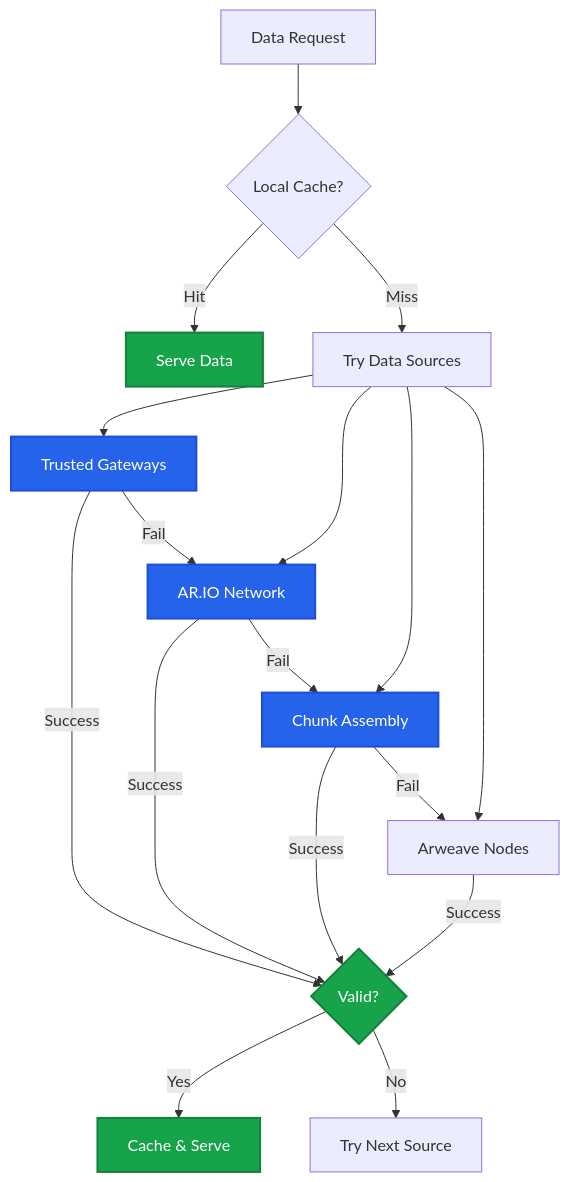
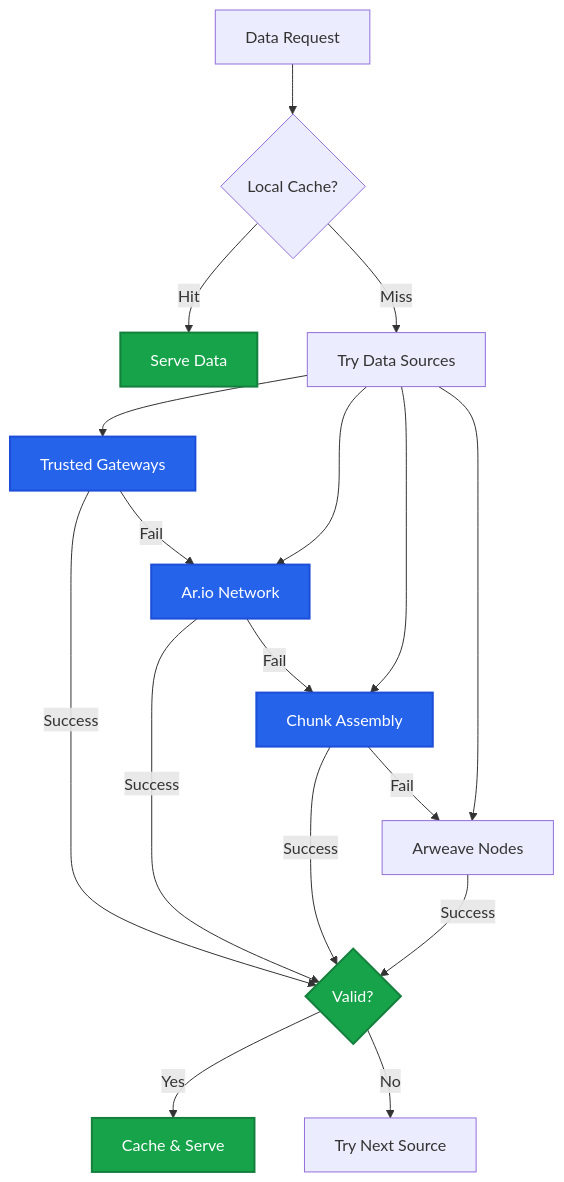
The first of 2 diagrams in content/learn/gateways/data-retrieval.mdx (ar-io/docs), drawn with Mermaid before and after one commit. The commit also changed other lines of this file and 107 other files, not shown here.

````diff
--- a/content/learn/gateways/data-retrieval.mdx
+++ b/content/learn/gateways/data-retrieval.mdx
@@ -14,29 +14,29 @@
 ```mermaid
 graph TD
     REQUEST[Data Request] --> CACHE{Local Cache?}
     CACHE -->|Hit| SERVE[Serve Data]
     CACHE -->|Miss| SOURCES[Try Data Sources]
     
     SOURCES --> TRUSTED[Trusted Gateways]
-    SOURCES --> NETWORK[AR.IO Network]
+    SOURCES --> NETWORK[Ar.io Network]
     SOURCES --> CHUNKS[Chunk Assembly]
     SOURCES --> ARWEAVE[Arweave Nodes]
     
     TRUSTED -->|Success| VALIDATE
     NETWORK -->|Success| VALIDATE
     CHUNKS -->|Success| VALIDATE
     ARWEAVE -->|Success| VALIDATE
     
     TRUSTED -->|Fail| NETWORK
     NETWORK -->|Fail| CHUNKS
     CHUNKS -->|Fail| ARWEAVE
     
     VALIDATE{Valid?} -->|Yes| STORE[Cache & Serve]
     VALIDATE -->|No| NEXT[Try Next Source]
     
     classDef source fill:#2563eb,stroke:#1d4ed8,stroke-width:2px,color:#fff
     classDef process fill:#16a34a,stroke:#15803d,stroke-width:2px,color:#fff
     
     class TRUSTED,NETWORK,CHUNKS,TXDATA source
     class VALIDATE,SERVE,STORE process
 ```
````
